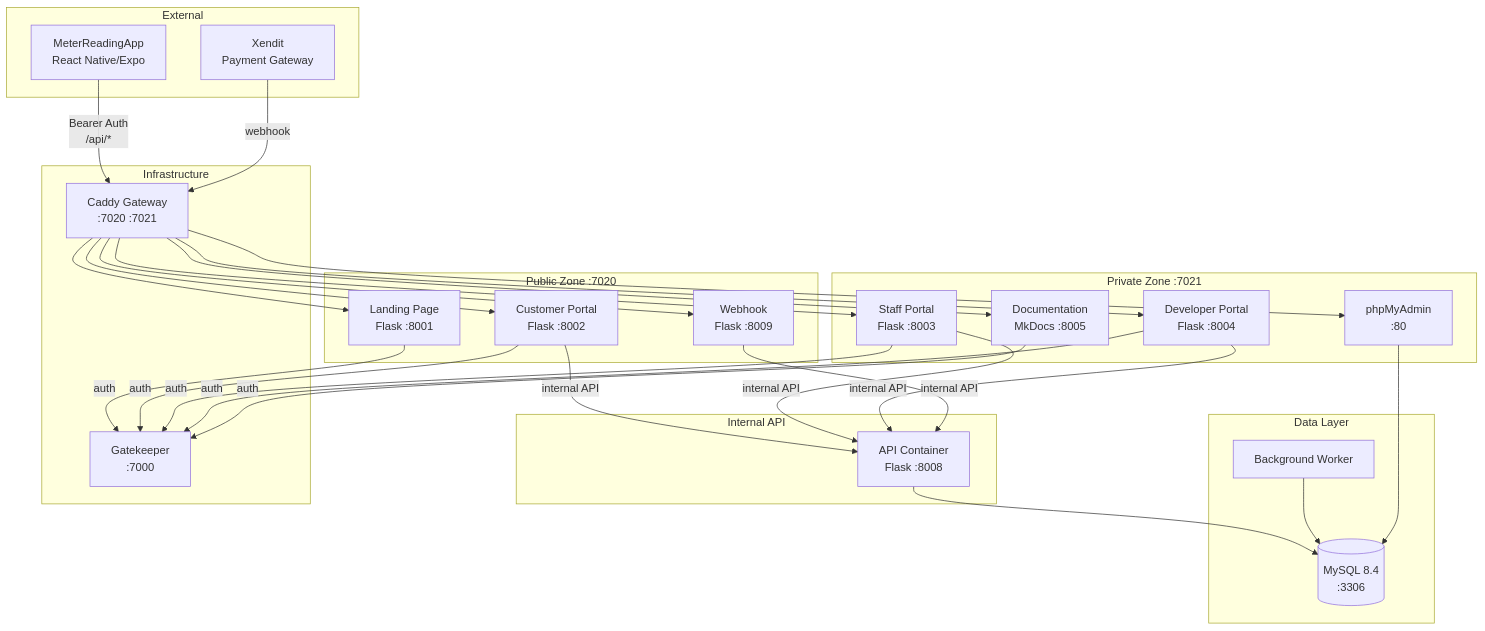
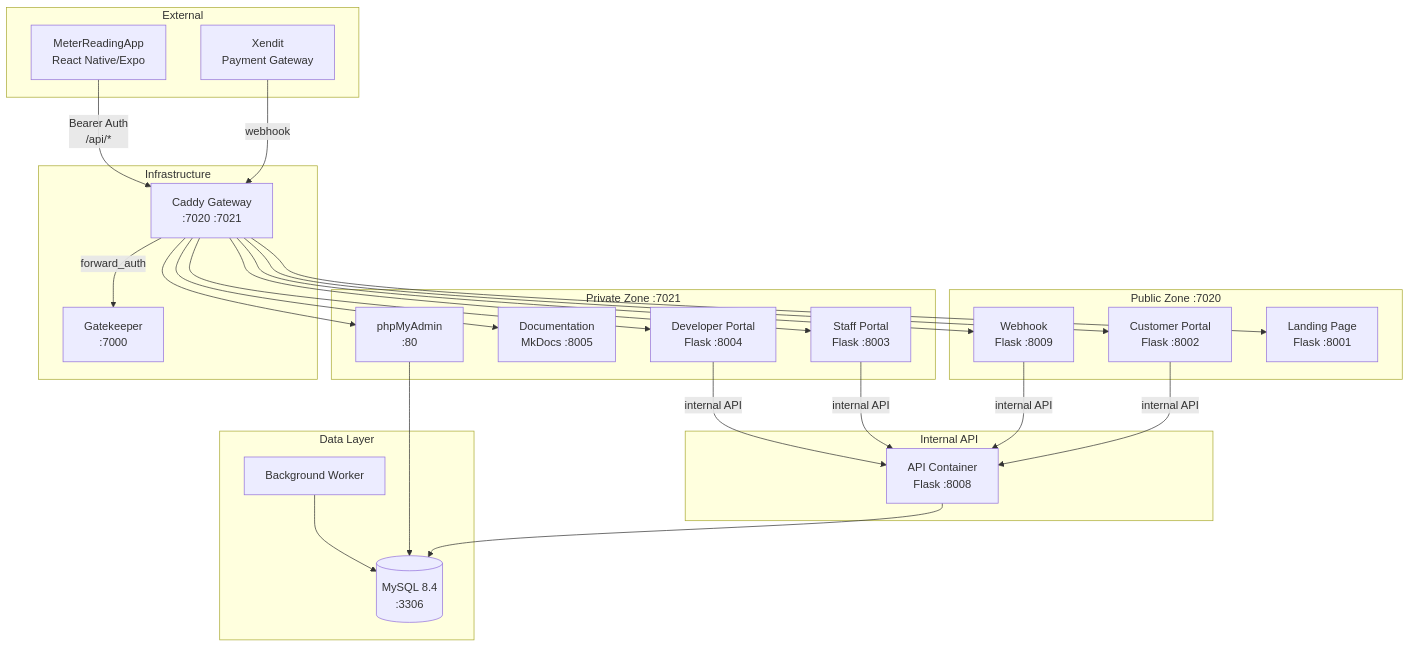
The first of 5 diagrams in documentation/docs/architecture.md (NovaProtocol/WaterBillingSystem), drawn with Mermaid before and after one commit. The commit also changed other lines of this file and 25 other files, not shown here.

Commit message:
move auth to Caddy forward-auth gate, strip app-level gatekeeper, add themed 404

````diff
--- a/documentation/docs/architecture.md
+++ b/documentation/docs/architecture.md
@@ -5,60 +5,56 @@
 ```mermaid
 graph TB
     subgraph "Public Zone :7020"
         LAND["Landing Page<br/>Flask :8001"]
         CP["Customer Portal<br/>Flask :8002"]
         WH["Webhook<br/>Flask :8009"]
     end
 
     subgraph "Private Zone :7021"
         SP["Staff Portal<br/>Flask :8003"]
         DP["Developer Portal<br/>Flask :8004"]
         DOC["Documentation<br/>MkDocs :8005"]
         PMA["phpMyAdmin<br/>:80"]
     end
 
     subgraph "Internal API"
         API["API Container<br/>Flask :8008"]
     end
 
     subgraph "Data Layer"
         DB[("MySQL 8.4<br/>:3306")]
         WORKER["Background Worker"]
     end
 
     subgraph "Infrastructure"
         CAD["Caddy Gateway<br/>:7020 :7021"]
         GK["Gatekeeper<br/>:7000"]
     end
 
     subgraph "External"
         MOB["MeterReadingApp<br/>React Native/Expo"]
         XENDIT["Xendit<br/>Payment Gateway"]
     end
 
     CAD --> LAND
     CAD --> CP
     CAD --> WH
     CAD --> SP
     CAD --> DP
     CAD --> DOC
     CAD --> PMA
 
     CP -->|"internal API"| API
     SP -->|"internal API"| API
     DP -->|"internal API"| API
     WH -->|"internal API"| API
 
     API --> DB
     WORKER --> DB
     PMA --> DB
 
-    LAND -->|"auth"| GK
-    CP -->|"auth"| GK
-    SP -->|"auth"| GK
-    DP -->|"auth"| GK
-    DOC -->|"auth"| GK
+    CAD -->|"forward_auth"| GK
 
     MOB -->|"Bearer Auth<br/>/api/*"| CAD
     XENDIT -->|"webhook"| CAD
 ```
````
